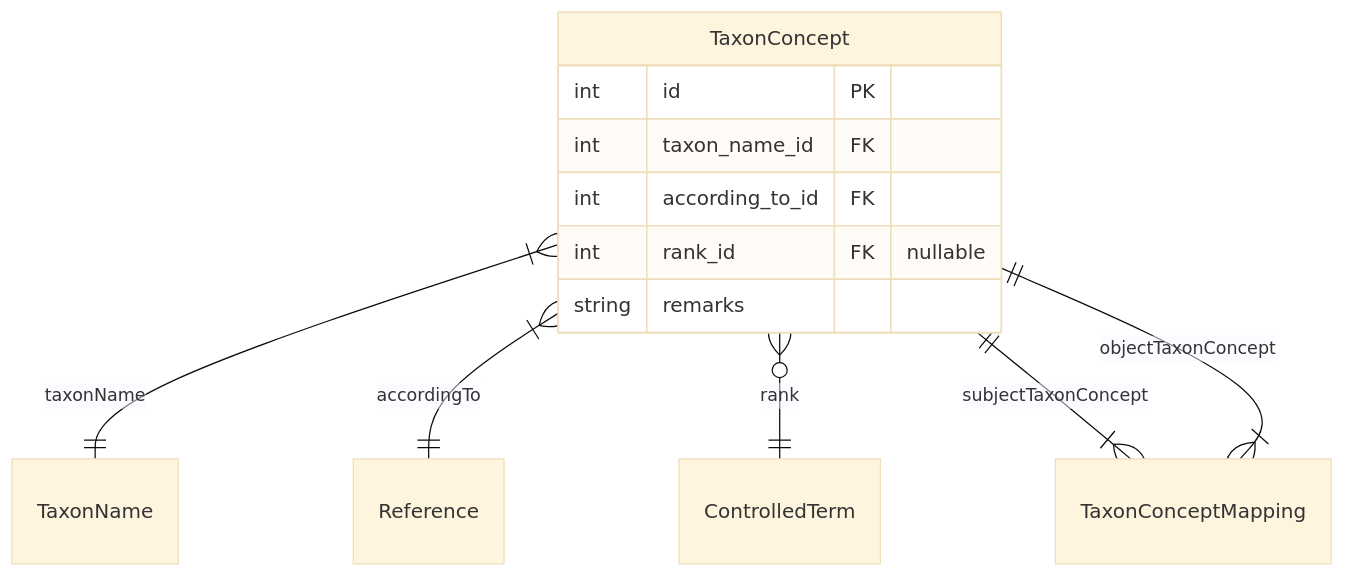
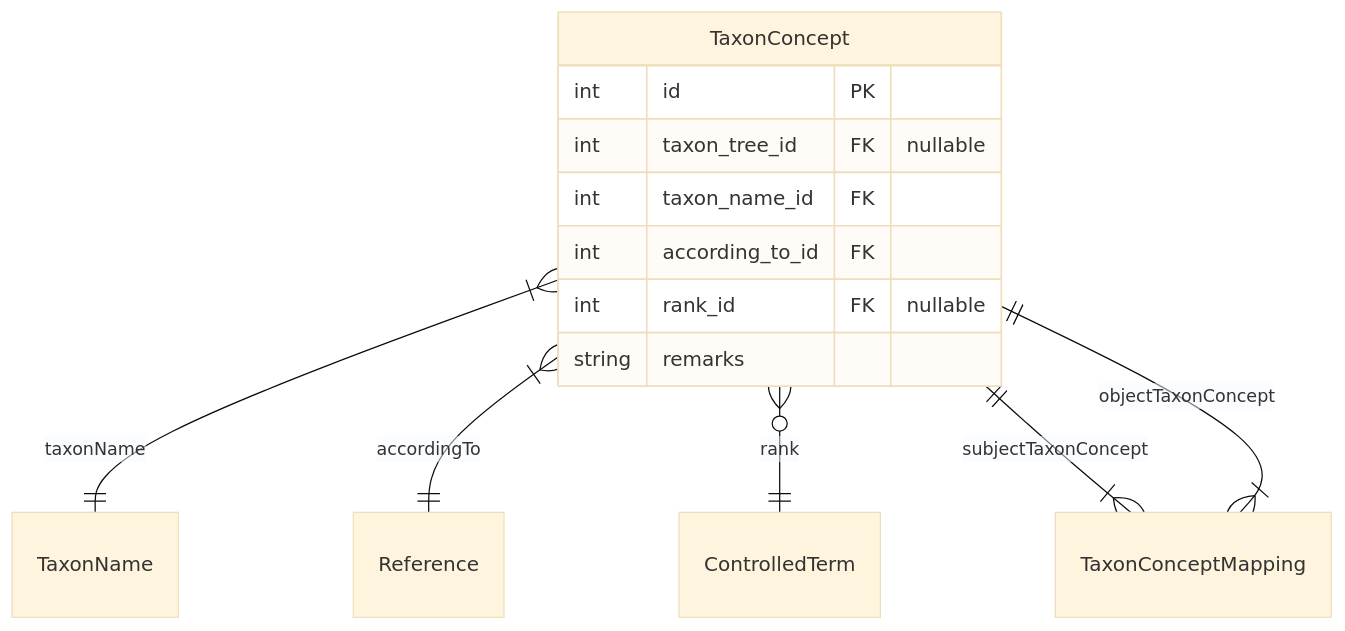
Before and after one commit to vicflora/vicflora-data-model-2026: the first of 19 diagrams in docs/layers.md, drawn with Mermaid (base theme). The commit also changed other lines of this file and 84 other files, not shown here.

````diff
--- a/docs/layers.md
+++ b/docs/layers.md
@@ -18,16 +18,17 @@
 ```mermaid
 erDiagram
     TaxonConcept }|--|| TaxonName : "taxonName"
     TaxonConcept }|--|| Reference : "accordingTo"
     TaxonConcept }o--|| ControlledTerm : "rank"
     TaxonConcept ||--|{ TaxonConceptMapping : "subjectTaxonConcept"
     TaxonConcept ||--|{ TaxonConceptMapping : "objectTaxonConcept"
 
     TaxonConcept {
         int id PK
+        int taxon_tree_id FK "nullable"
         int taxon_name_id FK 
         int according_to_id FK 
         int rank_id FK "nullable"
         string remarks
     }
 ```
````
